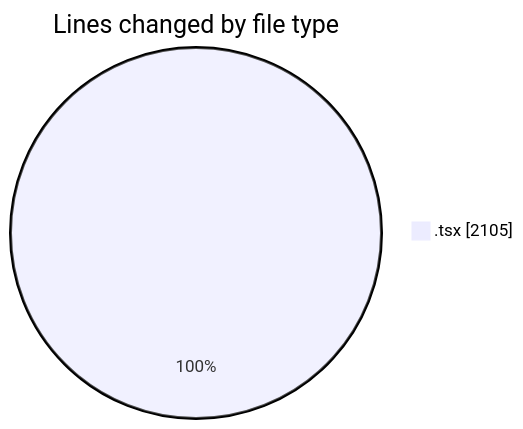
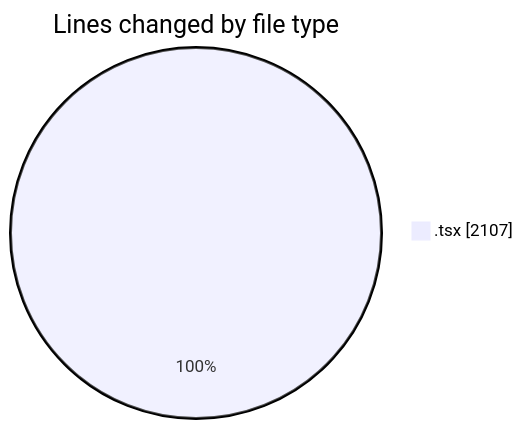
One commit to momahboobian/code-tracking changed the first of 2 diagrams in 2025-06-12/cda/README.md. Above: the diagram before and after it, drawn with Mermaid. The commit also changed other lines of this file and 1 other file, not shown here.

````diff
--- a/2025-06-12/cda/README.md
+++ b/2025-06-12/cda/README.md
@@ -23,5 +23,5 @@
 ```mermaid
 pie showData
 title Lines changed by file type
-".tsx" : 2105
+".tsx" : 2107
 ```
````
